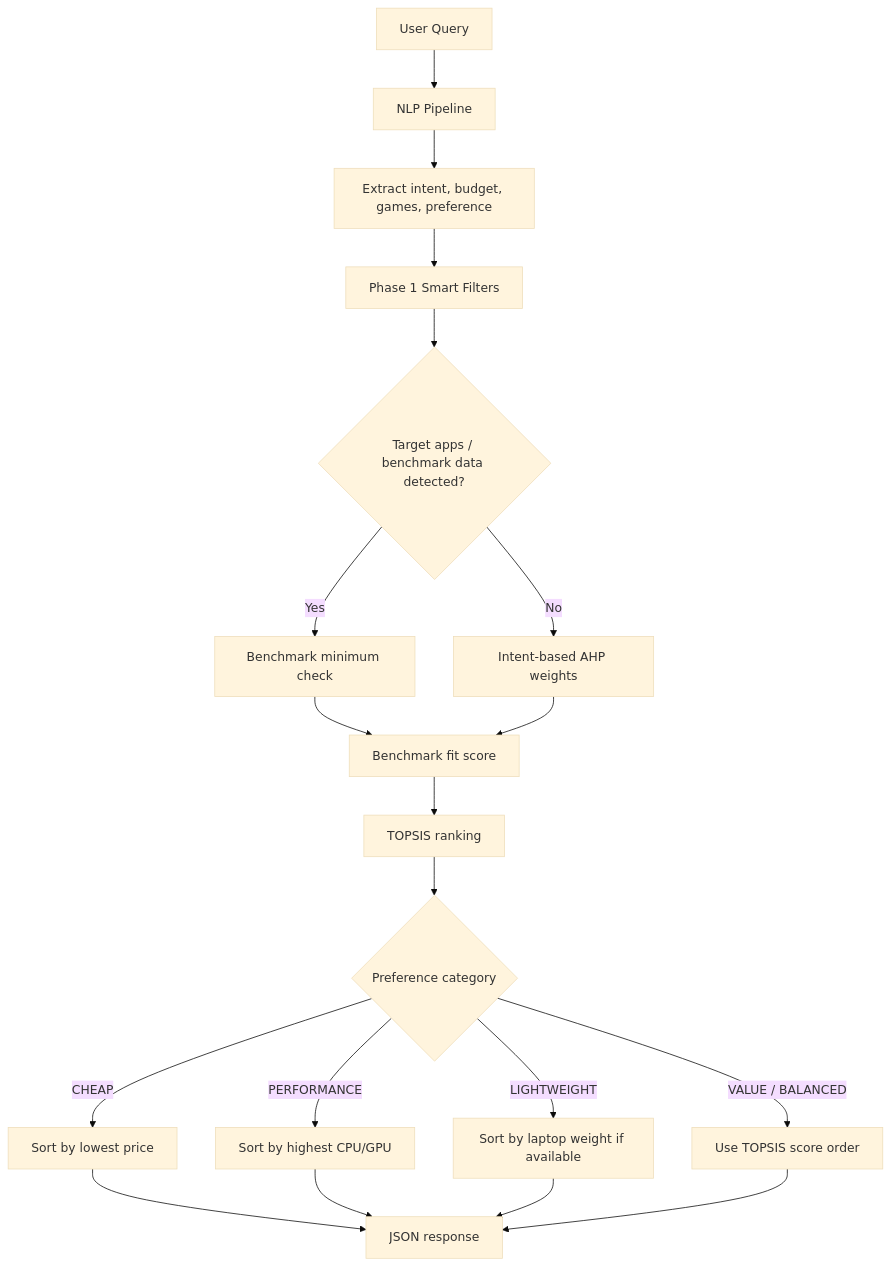
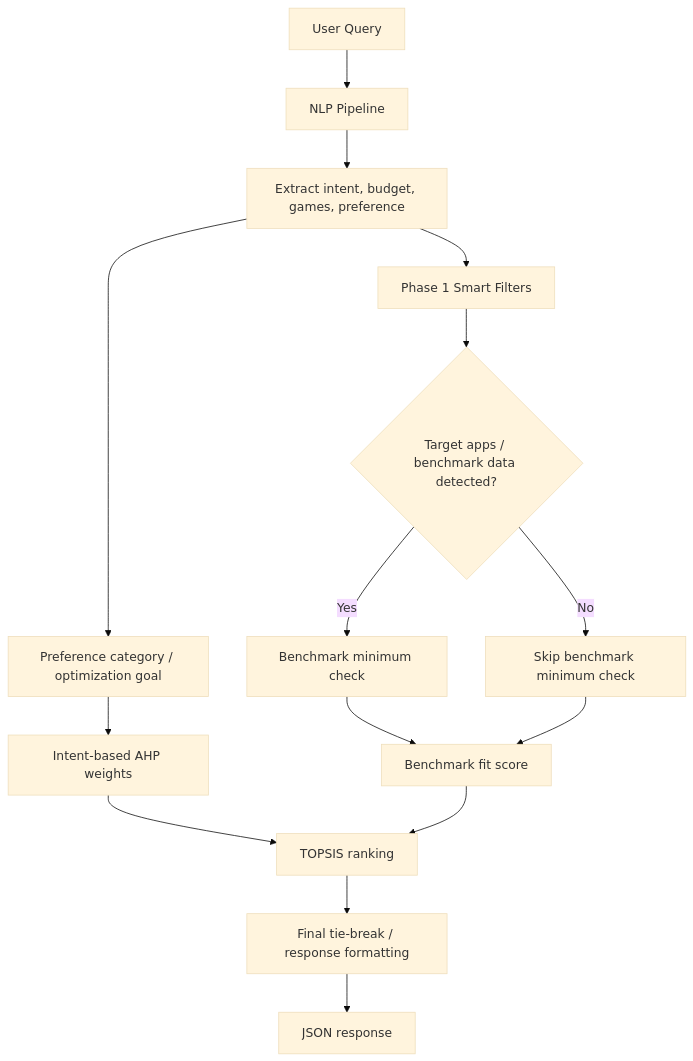
One commit to Fahrawi/Rekomendasi-Laptop-NLP changed the diagram in README.md. Above: the diagram before and after it, drawn with Mermaid (base theme). The commit also changed other lines of this file, not shown here.

Commit message:
Fix README flow logic for AHP and TOPSIS

````diff
--- a/README.md
+++ b/README.md
@@ -34,21 +34,17 @@
 ```mermaid
 flowchart TD
   A[User Query] --> B[NLP Pipeline]
   B --> C[Extract intent, budget, games, preference]
-  C --> D[Phase 1 Smart Filters]
-  D --> E{Target apps / benchmark data detected?}
-  E -- Yes --> F[Benchmark minimum check]
-  E -- No --> G[Intent-based AHP weights]
-  F --> H[Benchmark fit score]
-  G --> H
-  H --> I[TOPSIS ranking]
-  I --> J{Preference category}
-  J -- CHEAP --> K[Sort by lowest price]
-  J -- PERFORMANCE --> L[Sort by highest CPU/GPU]
-  J -- LIGHTWEIGHT --> M[Sort by laptop weight if available]
-  J -- VALUE / BALANCED --> N[Use TOPSIS score order]
-  K --> O[JSON response]
-  L --> O
-  M --> O
-  N --> O
+  C --> D[Preference category / optimization goal]
+  D --> E[Intent-based AHP weights]
+  C --> F[Phase 1 Smart Filters]
+  F --> G{Target apps / benchmark data detected?}
+  G -- Yes --> H[Benchmark minimum check]
+  G -- No --> I[Skip benchmark minimum check]
+  H --> J[Benchmark fit score]
+  I --> J
+  E --> K[TOPSIS ranking]
+  J --> K
+  K --> L[Final tie-break / response formatting]
+  L --> M[JSON response]
 ```
````
